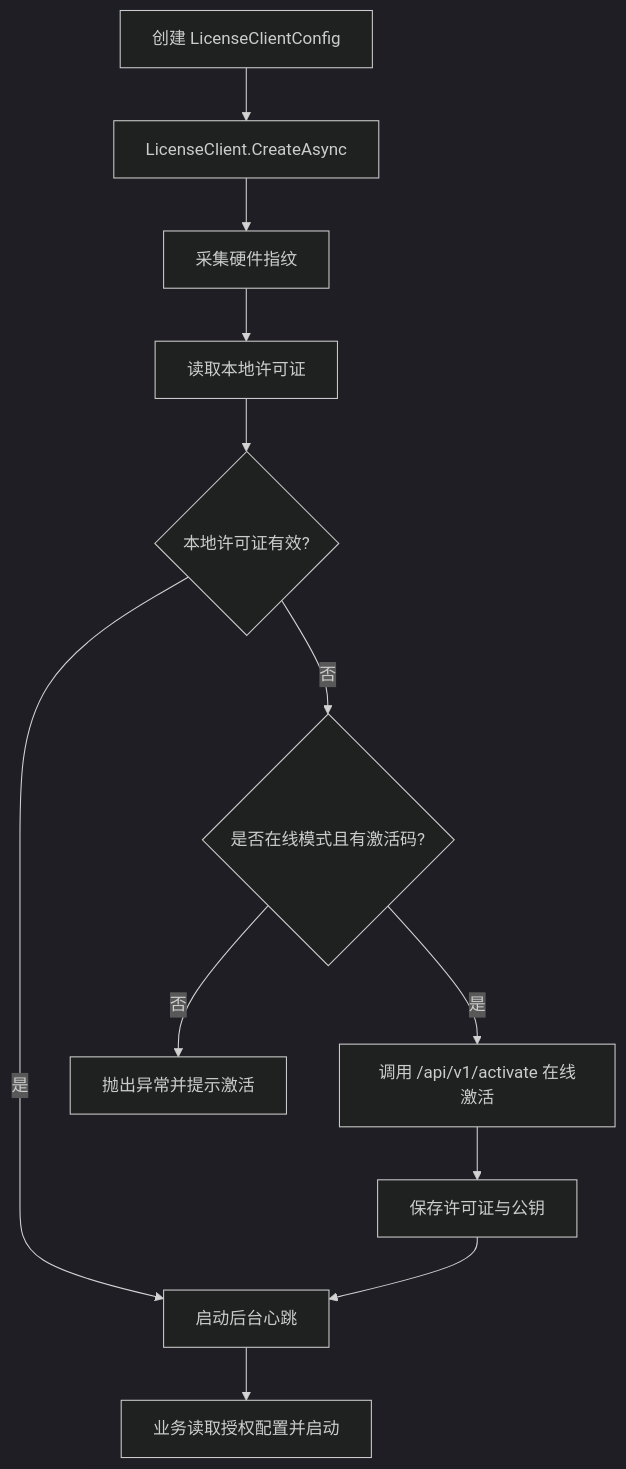
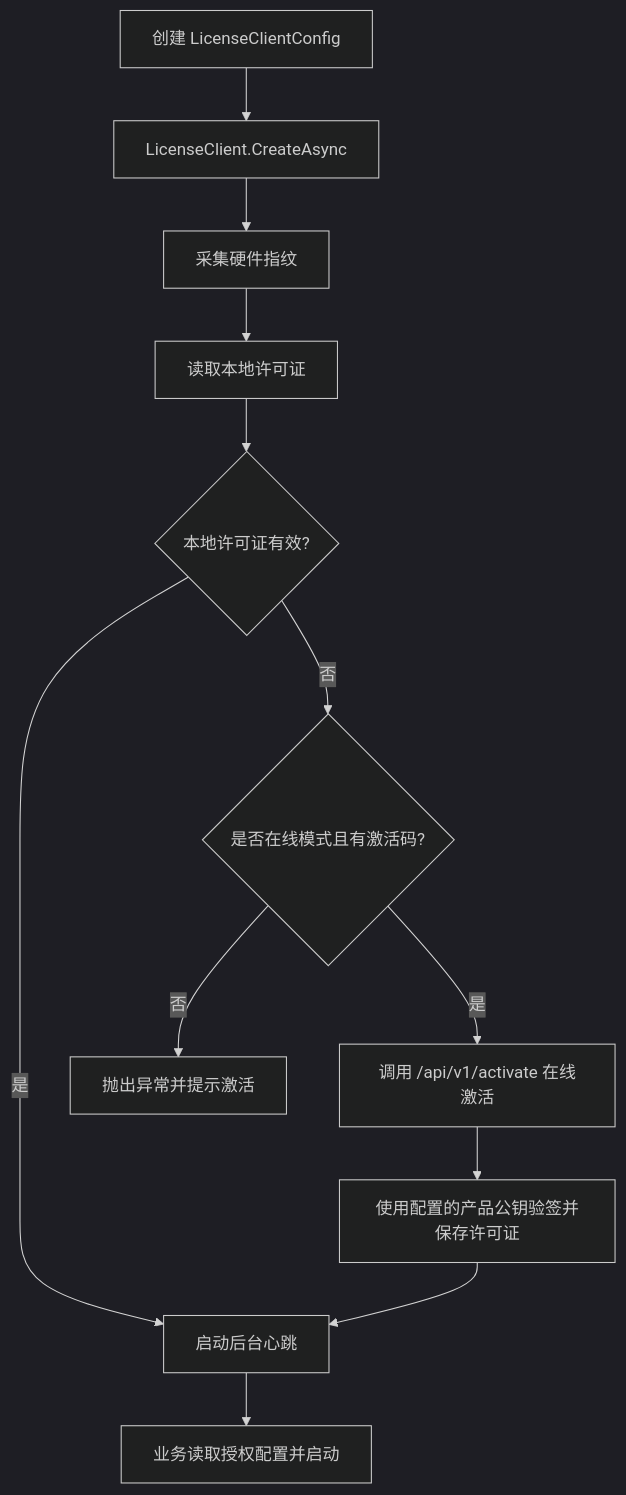
The diagram in docs/developer/sdk/csharp.md (cedar-v/license-manager-docs), drawn with Mermaid (dark theme) before and after one commit. The commit also changed other lines of this file and 18 other files, not shown here.

````diff
--- a/docs/developer/sdk/csharp.md
+++ b/docs/developer/sdk/csharp.md
@@ -95,14 +101,14 @@
 ```mermaid
 flowchart TD
     A["创建 LicenseClientConfig"] --> B["LicenseClient.CreateAsync"]
     B --> C["采集硬件指纹"]
     C --> D["读取本地许可证"]
     D --> E{"本地许可证有效?"}
     E -->|是| F["启动后台心跳"]
     E -->|否| G{"是否在线模式且有激活码?"}
     G -->|是| H["调用 /api/v1/activate 在线激活"]
-    H --> I["保存许可证与公钥"]
+    H --> I["使用配置的产品公钥验签并保存许可证"]
     I --> F
     G -->|否| J["抛出异常并提示激活"]
     F --> K["业务读取授权配置并启动"]
 ```
````
